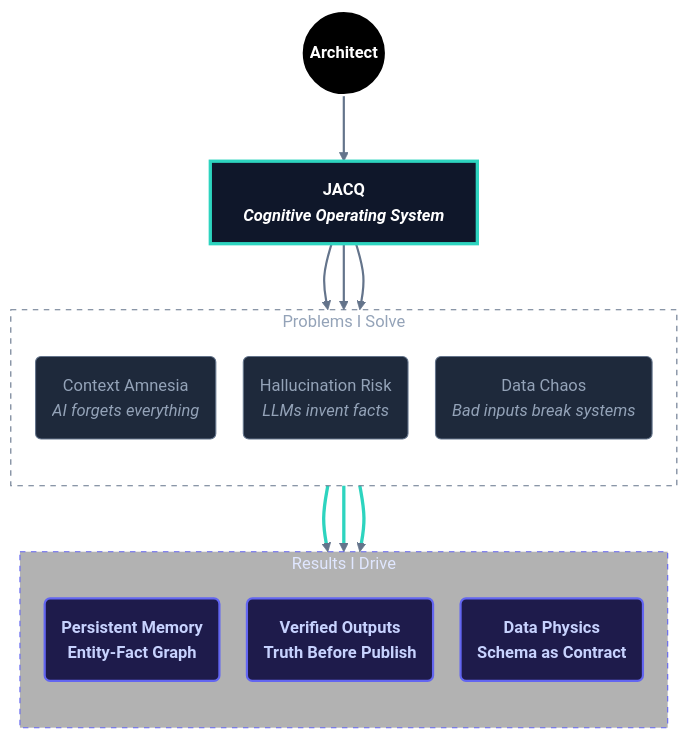
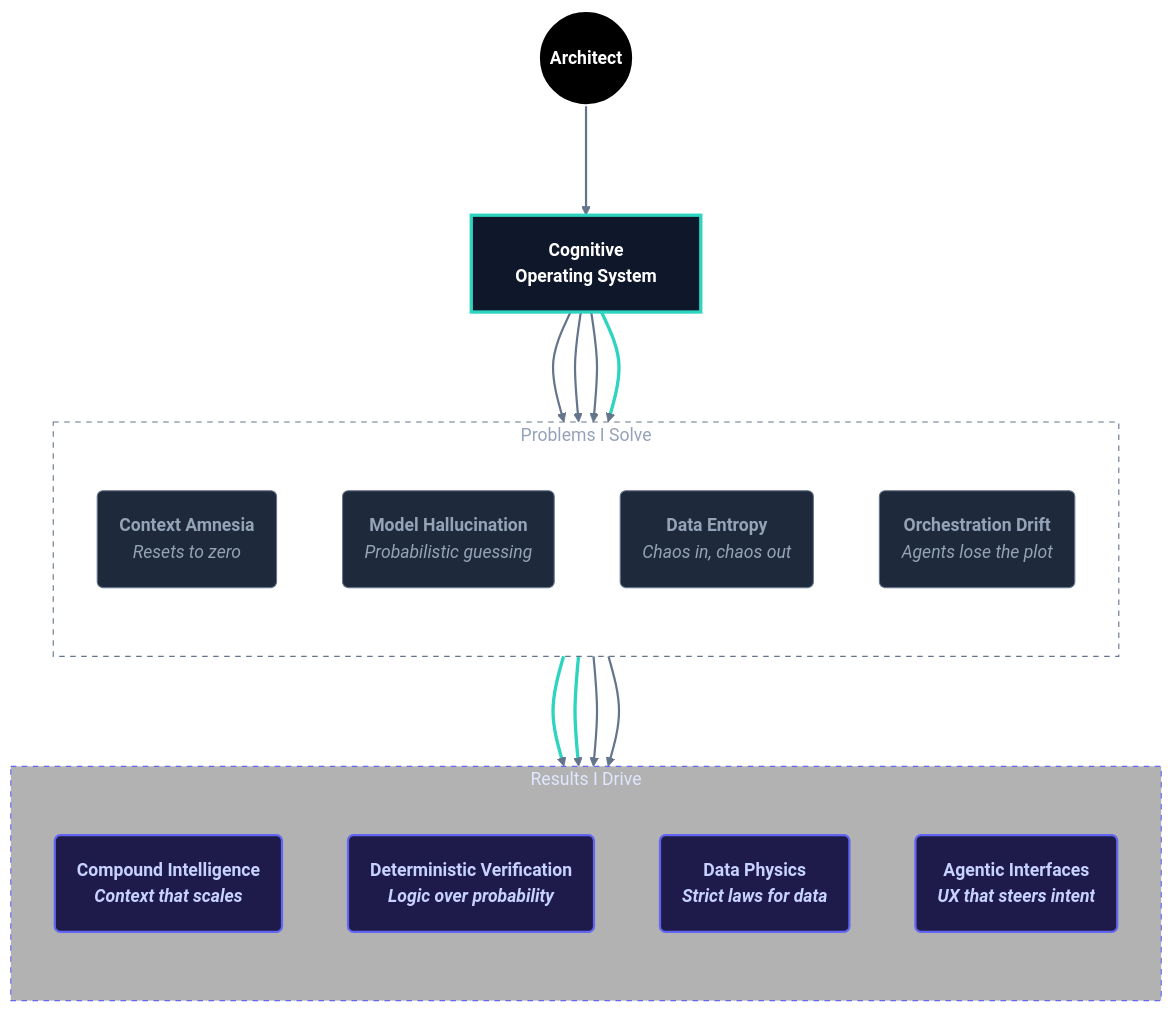
The diagram in assets/portfolio_ecosystem_simple.mmd (shifujosh/shifujosh), drawn with Mermaid before and after one commit. The commit also changed 1 other file, not shown here.

Commit message:
feat: finalize profile diagram with stronger outcome-driven language

```diff
--- a/assets/portfolio_ecosystem_simple.mmd
+++ b/assets/portfolio_ecosystem_simple.mmd
@@ -1,46 +1,50 @@
-%%{init: {'theme': 'base', 'themeVariables': { 'darkMode': true, 'background': 'transparent', 'primaryColor': '#1e293b', 'edgeLabelBackground':'#0f172a', 'fontSize': '15px', 'fontFamily': 'Inter, system-ui, -apple-system, BlinkMacSystemFont, Segoe UI, Roboto, Helvetica Neue, Arial, sans-serif' }, 'flowchart': { 'rankSpacing': 60, 'nodeSpacing': 25, 'curve': 'basis' } }}%%
+%%{init: {'theme': 'base', 'themeVariables': { 'darkMode': true, 'background': 'transparent', 'primaryColor': '#1e293b', 'edgeLabelBackground':'#0f172a', 'fontSize': '16px', 'fontFamily': 'Inter, system-ui, -apple-system, BlinkMacSystemFont, Segoe UI, Roboto, Helvetica Neue, Arial, sans-serif' }, 'flowchart': { 'rankSpacing': 100, 'nodeSpacing': 60, 'curve': 'monotoneY', 'padding': 20 } }}%%
 graph TB
     %% Styling
     classDef actor fill:#000000,stroke:#fff,stroke-width:2px,color:#fff,font-weight:bold;
     classDef hub fill:#0f172a,stroke:#2dd4bf,stroke-width:3px,color:#fff,font-weight:bold;
     classDef usecase fill:#1e293b,stroke:#64748b,stroke-width:1px,color:#94a3b8;
     classDef outcome fill:#1e1b4b,stroke:#6366f1,stroke-width:2px,color:#c7d2fe,font-weight:bold;
 
     %% Me at the top
     Me((Architect)):::actor
 
-    %% Central System
-    JACQ[<b>JACQ</b><br/><i>Cognitive Operating System</i>]:::hub
+    %% Central System (Renamed)
+    Hub[<b>Cognitive</b><br/><b>Operating System</b>]:::hub
 
-    %% Use Cases (Problems I Solve)
+    %% Use Cases (Problems) - Stronger Language
     subgraph UseCases [Problems I Solve]
         direction TB
         style UseCases fill:none,stroke:#64748b,stroke-width:1px,stroke-dasharray: 5 5,color:#94a3b8
-        UC1(Context Amnesia<br/><i>AI forgets everything</i>):::usecase
-        UC2(Hallucination Risk<br/><i>LLMs invent facts</i>):::usecase
-        UC3(Data Chaos<br/><i>Bad inputs break systems</i>):::usecase
+        UC1(<b>Context Amnesia</b><br/><i>Resets to zero</i>):::usecase
+        UC2(<b>Model Hallucination</b><br/><i>Probabilistic guessing</i>):::usecase
+        UC3(<b>Data Entropy</b><br/><i>Chaos in, chaos out</i>):::usecase
+        UC4(<b>Orchestration Drift</b><br/><i>Agents lose the plot</i>):::usecase
     end
 
-    %% Outcomes (Results I Drive)
+    %% Outcomes (Results) - Stronger Language
     subgraph Results [Results I Drive]
         direction TB
         style Results fill:#000000,fill-opacity:0.3,stroke:#6366f1,stroke-width:1px,stroke-dasharray: 5 5,color:#e0e7ff
-        R1(<b>Persistent Memory</b><br/>Entity-Fact Graph):::outcome
-        R2(<b>Verified Outputs</b><br/>Truth Before Publish):::outcome
-        R3(<b>Data Physics</b><br/>Schema as Contract):::outcome
+        R1(<b>Compound Intelligence</b><br/><i>Context that scales</i>):::outcome
+        R2(<b>Deterministic Verification</b><br/><i>Logic over probability</i>):::outcome
+        R3(<b>Data Physics</b><br/><i>Strict laws for data</i>):::outcome
+        R4(<b>Agentic Interfaces</b><br/><i>UX that steers intent</i>):::outcome
     end
 
     %% Flow
-    Me ==> JACQ
-    JACQ --> UC1
-    JACQ --> UC2
-    JACQ --> UC3
+    Me ==> Hub
+    Hub --> UC1
+    Hub --> UC2
+    Hub --> UC3
+    Hub --> UC4
     UC1 ==> R1
     UC2 ==> R2
     UC3 ==> R3
+    UC4 ==> R4
 
     %% Styling
     linkStyle default stroke-width:2px,fill:none,stroke:#64748b
     linkStyle 4 stroke:#2dd4bf,stroke-width:3px
     linkStyle 5 stroke:#2dd4bf,stroke-width:3px
     linkStyle 6 stroke:#2dd4bf,stroke-width:3px
```
